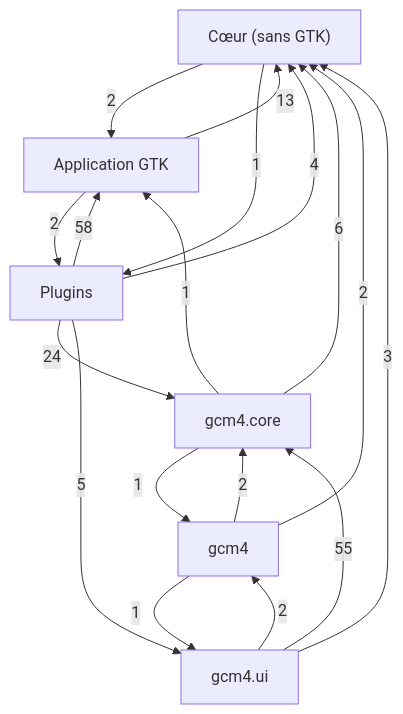
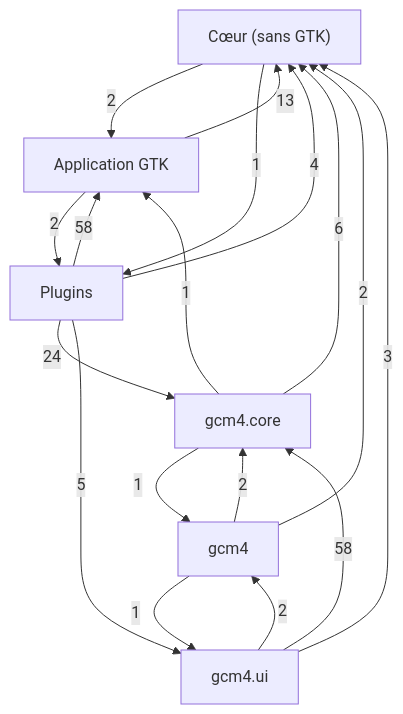
Before and after one commit to Mathilde-Team/Gcm4: the first of 7 diagrams in docs/class-diagram.md, drawn with Mermaid. The commit also changed other lines of this file, not shown here.

Commit message:
docs(#86): diagramme de classes régénéré avec ui/aide.py

````diff
--- a/docs/class-diagram.md
+++ b/docs/class-diagram.md
@@ -21,26 +21,26 @@
 ```mermaid
 flowchart TD
     g0["Cœur (sans GTK)"]
     g1["Application GTK"]
     g2["Plugins"]
     g3["gcm4"]
     g4["gcm4.core"]
     g5["gcm4.ui"]
     g1 -->|13| g0
     g1 -->|2| g2
     g0 -->|2| g1
     g0 -->|1| g2
     g2 -->|58| g1
     g2 -->|4| g0
     g2 -->|24| g4
     g2 -->|5| g5
     g3 -->|2| g0
     g3 -->|2| g4
     g3 -->|1| g5
     g4 -->|1| g1
     g4 -->|6| g0
     g4 -->|1| g3
     g5 -->|3| g0
     g5 -->|2| g3
-    g5 -->|55| g4
+    g5 -->|58| g4
 ```
````
